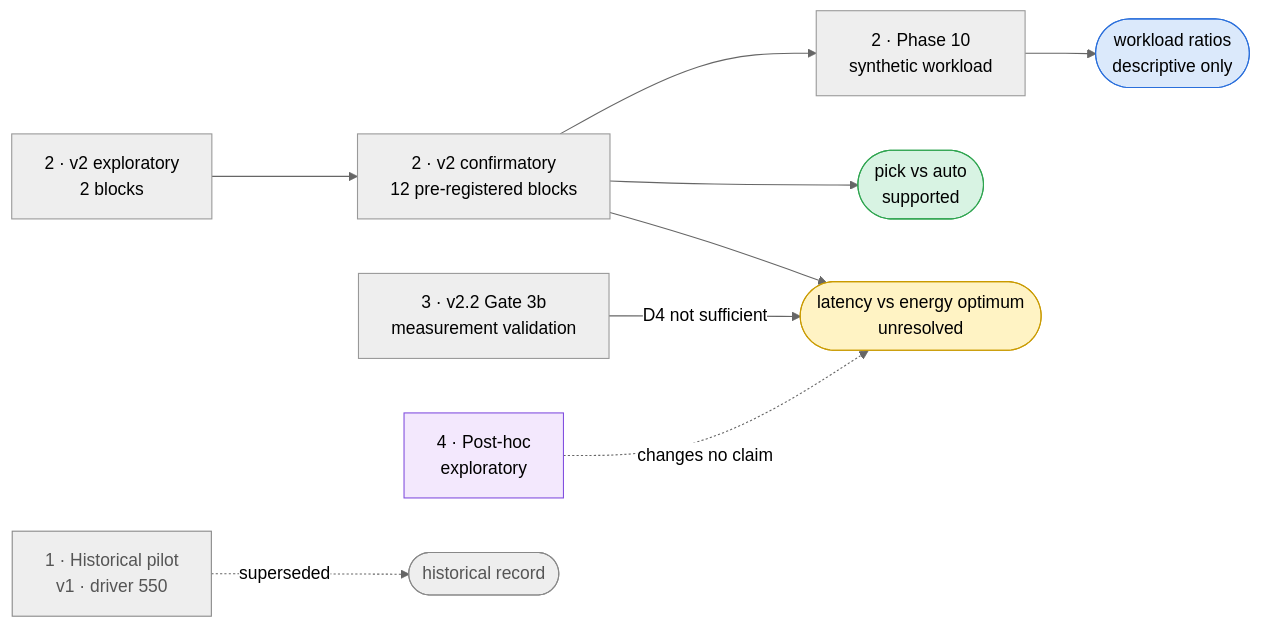
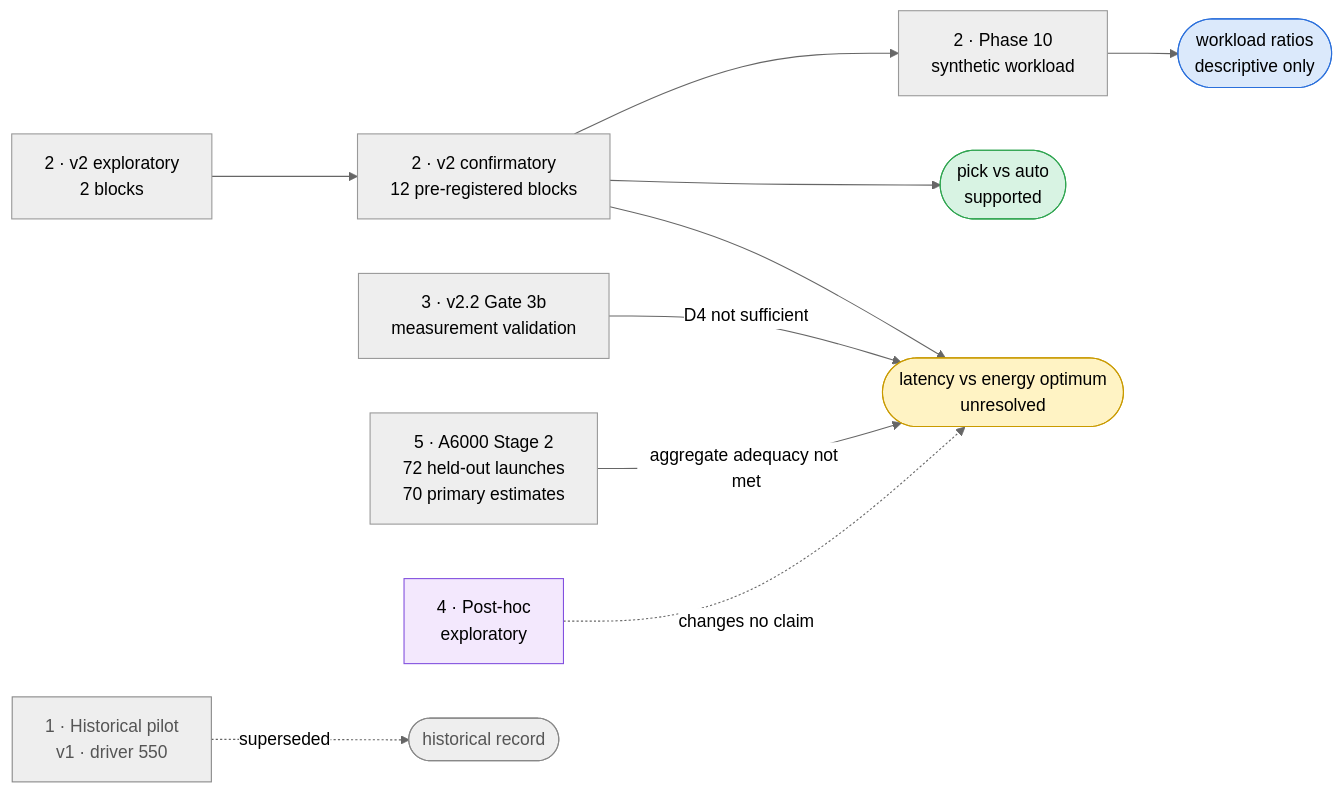
The diagram in README.md (MehranKeivanimehr/nccl-energy-frontier), drawn with Mermaid (neutral theme) before and after one commit. The commit also changed other lines of this file and 15 other files, not shown here.

````diff
--- a/README.md
+++ b/README.md
@@ -248,19 +295,21 @@
 ```mermaid
 flowchart LR
     P1["1 · Historical pilot<br/>v1 · driver 550"]:::old
     E["2 · v2 exploratory<br/>2 blocks"] --> C["2 · v2 confirmatory<br/>12 pre-registered blocks"]
     C --> W["2 · Phase 10<br/>synthetic workload"]
     G["3 · v2.2 Gate 3b<br/>measurement validation"]
     H["4 · Post-hoc<br/>exploratory"]:::explore
+    S["5 · A6000 Stage 2<br/>72 held-out launches<br/>70 primary estimates"]
     C --> R1(["pick vs auto<br/>supported"]):::ok
     W --> R2(["workload ratios<br/>descriptive only"]):::desc
     C --> R3(["latency vs energy optimum<br/>unresolved"]):::open
     G -- "D4 not sufficient" --> R3
+    S -- "aggregate adequacy not met" --> R3
     H -. "changes no claim" .-> R3
     P1 -. "superseded" .-> X(["historical record"]):::old
     classDef ok fill:#d8f3e3,stroke:#2ea44f
     classDef desc fill:#dbe9fb,stroke:#2a6fdb
     classDef open fill:#fff3c4,stroke:#c99a00
     classDef old fill:#eeeeee,stroke:#888888,color:#555555
     classDef explore fill:#f3e8fd,stroke:#8250df
 ```
````
